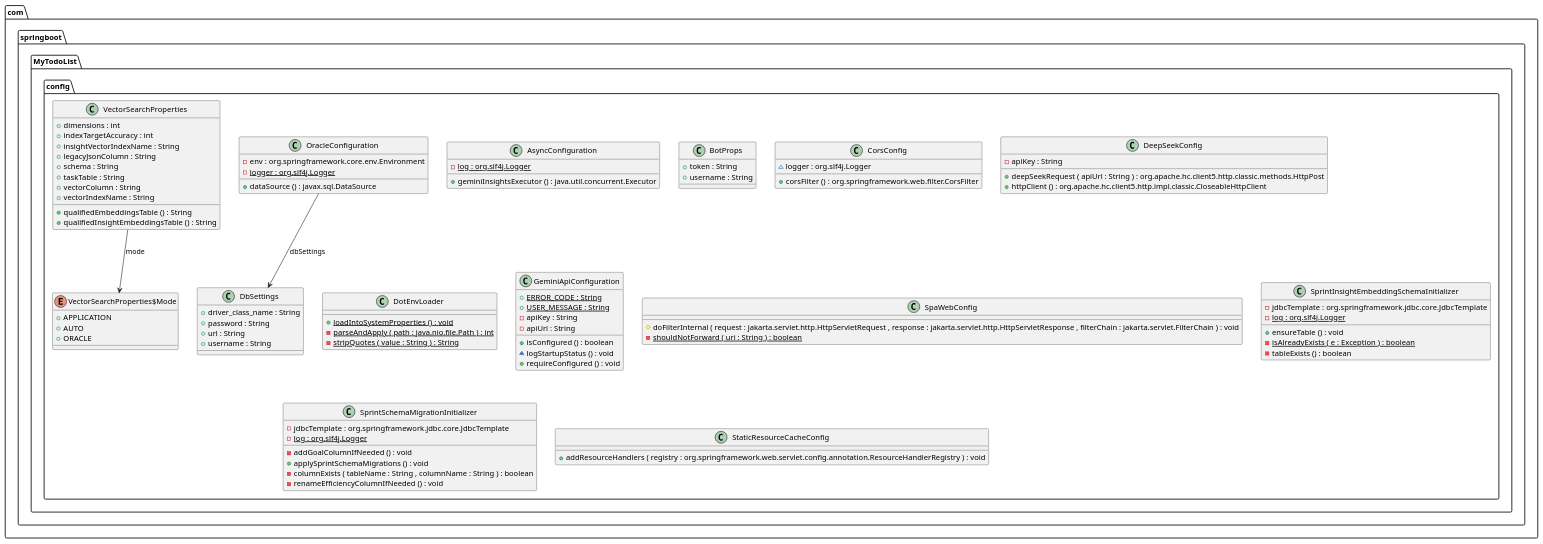
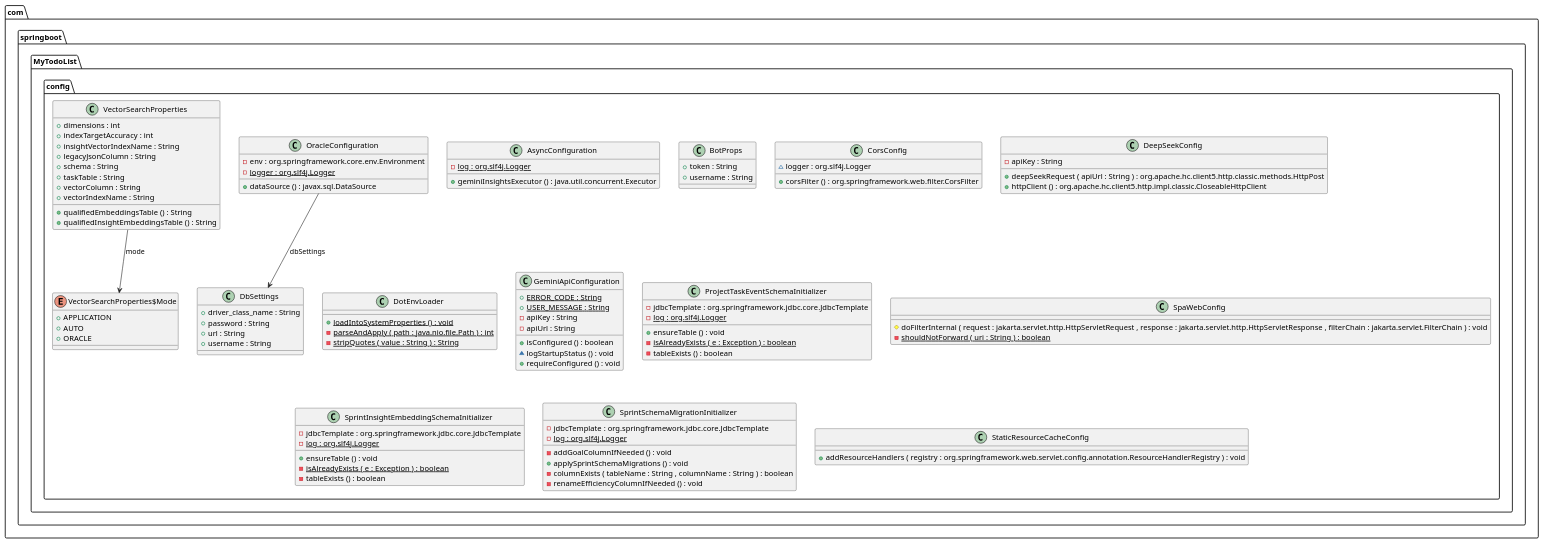
The diagram in docs/diagrams/config.puml (JimenaD-creator/oci_devops_project), drawn with PlantUML before and after one commit. The commit also changed 1 other file, not shown here.

Commit message:
docs: regenerate PlantUML diagrams

```diff
--- a/docs/diagrams/config.puml
+++ b/docs/diagrams/config.puml
@@ -1,118 +1,127 @@
 @startuml
 
 class com.springboot.MyTodoList.config.AsyncConfiguration {
 	{field} {static} -log : org.slf4j.Logger
 	{method} +geminiInsightsExecutor () : java.util.concurrent.Executor
 }
 
 
 class com.springboot.MyTodoList.config.BotProps {
 	{field} +token : String
 	{field} +username : String
 }
 
 
 class com.springboot.MyTodoList.config.CorsConfig {
 	{field} ~logger : org.slf4j.Logger
 	{method} +corsFilter () : org.springframework.web.filter.CorsFilter
 }
 
 
 class com.springboot.MyTodoList.config.DbSettings {
 	{field} +driver_class_name : String
 	{field} +password : String
 	{field} +url : String
 	{field} +username : String
 }
 
 
 class com.springboot.MyTodoList.config.DeepSeekConfig {
 	{field} -apiKey : String
 	{method} +deepSeekRequest ( apiUrl : String ) : org.apache.hc.client5.http.classic.methods.HttpPost
 	{method} +httpClient () : org.apache.hc.client5.http.impl.classic.CloseableHttpClient
 }
 
 
 class com.springboot.MyTodoList.config.DotEnvLoader {
 	{method}  {static} +loadIntoSystemProperties () : void
 	{method}  {static} -parseAndApply ( path : java.nio.file.Path ) : int
 	{method}  {static} -stripQuotes ( value : String ) : String
 }
 
 
 class com.springboot.MyTodoList.config.GeminiApiConfiguration {
 	{field} {static} +ERROR_CODE : String
 	{field} {static} +USER_MESSAGE : String
 	{field} -apiKey : String
 	{field} -apiUrl : String
 	{method} +isConfigured () : boolean
 	{method} ~logStartupStatus () : void
 	{method} +requireConfigured () : void
 }
 
 
 class com.springboot.MyTodoList.config.OracleConfiguration {
 	{field} -env : org.springframework.core.env.Environment
 	{field} {static} -logger : org.slf4j.Logger
 	{method} +dataSource () : javax.sql.DataSource
+}
+
+
+class com.springboot.MyTodoList.config.ProjectTaskEventSchemaInitializer {
+	{field} -jdbcTemplate : org.springframework.jdbc.core.JdbcTemplate
+	{field} {static} -log : org.slf4j.Logger
+	{method} +ensureTable () : void
+	{method}  {static} -isAlreadyExists ( e : Exception ) : boolean
+	{method} -tableExists () : boolean
 }
 
 
 class com.springboot.MyTodoList.config.SpaWebConfig {
 	{method} #doFilterInternal ( request : jakarta.servlet.http.HttpServletRequest , response : jakarta.servlet.http.HttpServletResponse , filterChain : jakarta.servlet.FilterChain ) : void
 	{method}  {static} -shouldNotForward ( uri : String ) : boolean
 }
 
 
 class com.springboot.MyTodoList.config.SprintInsightEmbeddingSchemaInitializer {
 	{field} -jdbcTemplate : org.springframework.jdbc.core.JdbcTemplate
 	{field} {static} -log : org.slf4j.Logger
 	{method} +ensureTable () : void
 	{method}  {static} -isAlreadyExists ( e : Exception ) : boolean
 	{method} -tableExists () : boolean
 }
 
 
 class com.springboot.MyTodoList.config.SprintSchemaMigrationInitializer {
 	{field} -jdbcTemplate : org.springframework.jdbc.core.JdbcTemplate
 	{field} {static} -log : org.slf4j.Logger
 	{method} -addGoalColumnIfNeeded () : void
 	{method} +applySprintSchemaMigrations () : void
 	{method} -columnExists ( tableName : String , columnName : String ) : boolean
 	{method} -renameEfficiencyColumnIfNeeded () : void
 }
 
 
 class com.springboot.MyTodoList.config.StaticResourceCacheConfig {
 	{method} +addResourceHandlers ( registry : org.springframework.web.servlet.config.annotation.ResourceHandlerRegistry ) : void
 }
 
 
 class com.springboot.MyTodoList.config.VectorSearchProperties {
 	{field} +dimensions : int
 	{field} +indexTargetAccuracy : int
 	{field} +insightVectorIndexName : String
 	{field} +legacyJsonColumn : String
 	{field} +schema : String
 	{field} +taskTable : String
 	{field} +vectorColumn : String
 	{field} +vectorIndexName : String
 	{method} +qualifiedEmbeddingsTable () : String
 	{method} +qualifiedInsightEmbeddingsTable () : String
 }
 
 
 enum com.springboot.MyTodoList.config.VectorSearchProperties$Mode {
 	{field} +APPLICATION
 	{field} +AUTO
 	{field} +ORACLE
 }
 
 
 
 
 com.springboot.MyTodoList.config.OracleConfiguration -->  com.springboot.MyTodoList.config.DbSettings : dbSettings
 com.springboot.MyTodoList.config.VectorSearchProperties -->  com.springboot.MyTodoList.config.VectorSearchProperties$Mode : mode
 
 
 @enduml
```
